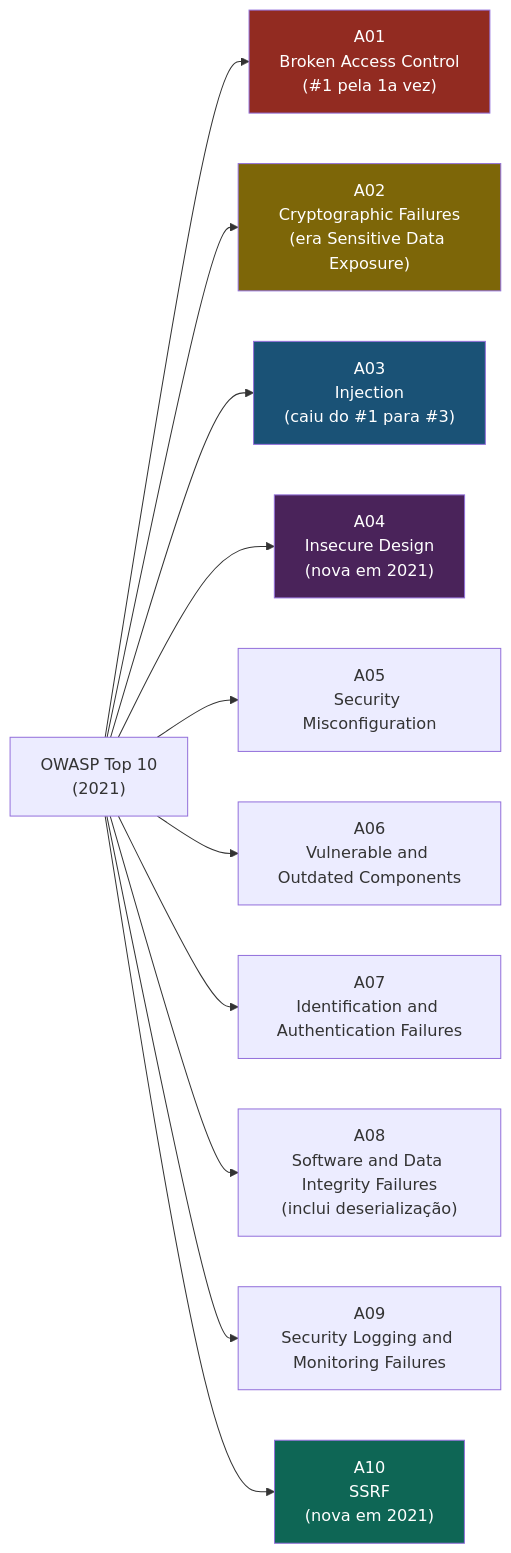
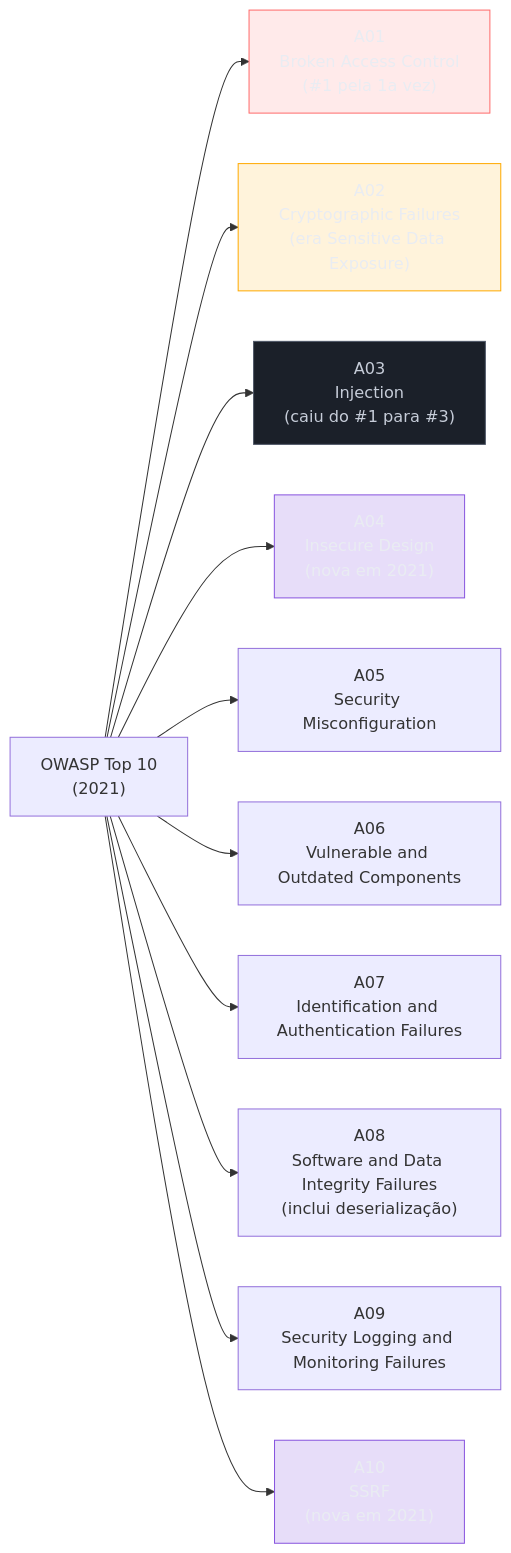
One commit to josenaldo/codex-technomanticus changed the sixth of 6 diagrams in 03-Dominios/Engenharia/Segurança/16 - Classes de vulnerabilidade.md. Above: the diagram before and after it, drawn with Mermaid. The commit also changed other lines of this file and 1181 other files, not shown here.

First line of the commit message:
fix(diagramas): paleta do sistema no lugar de cor cravada no markdown

````diff
--- a/03-Dominios/Engenharia/Segurança/16 - Classes de vulnerabilidade.md
+++ b/03-Dominios/Engenharia/Segurança/16 - Classes de vulnerabilidade.md
@@ -361,21 +365,25 @@
 ```mermaid
 graph LR
+    classDef falha fill:#FF6B6B24,stroke:#FF6B6B,color:#E9ECF2
+    classDef destaque fill:#FFAA0024,stroke:#FFAA00,color:#E9ECF2
+    classDef neutro fill:#1B2029,stroke:#4E5666,color:#C6CCD8
+    classDef marca fill:#8855DF33,stroke:#8855DF,color:#E9ECF2
     T10["OWASP Top 10\n(2021)"]
 
     T10 --> A01["A01\nBroken Access Control\n(#1 pela 1a vez)"]
     T10 --> A02["A02\nCryptographic Failures\n(era Sensitive Data Exposure)"]
     T10 --> A03["A03\nInjection\n(caiu do #1 para #3)"]
     T10 --> A04["A04\nInsecure Design\n(nova em 2021)"]
     T10 --> A05["A05\nSecurity Misconfiguration"]
     T10 --> A06["A06\nVulnerable and Outdated Components"]
     T10 --> A07["A07\nIdentification and Authentication Failures"]
     T10 --> A08["A08\nSoftware and Data Integrity Failures\n(inclui deserialização)"]
     T10 --> A09["A09\nSecurity Logging and Monitoring Failures"]
     T10 --> A10["A10\nSSRF\n(nova em 2021)"]
 
-    style A01 fill:#922b21,color:#fff
-    style A02 fill:#7d6608,color:#fff
-    style A03 fill:#1a5276,color:#fff
-    style A04 fill:#4a235a,color:#fff
-    style A10 fill:#0e6655,color:#fff
+    class A01 falha
+    class A02 destaque
+    class A03 neutro
+    class A04 marca
+    class A10 marca
 ```
````
